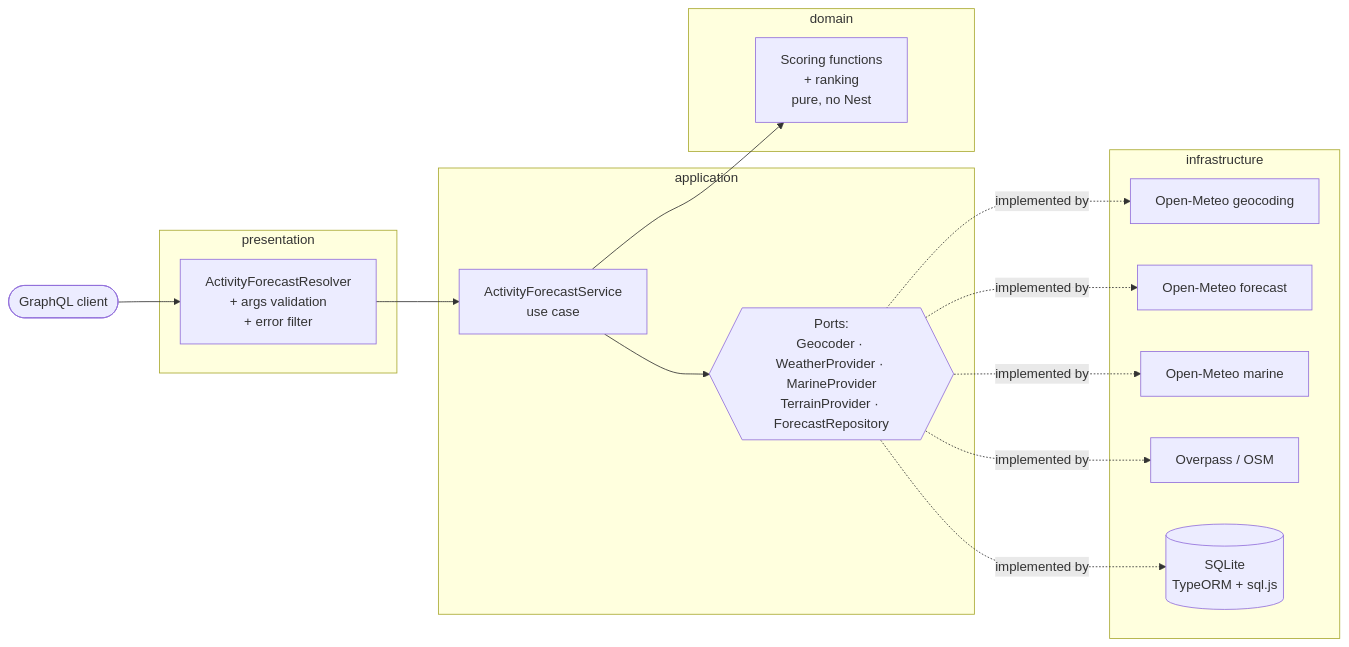
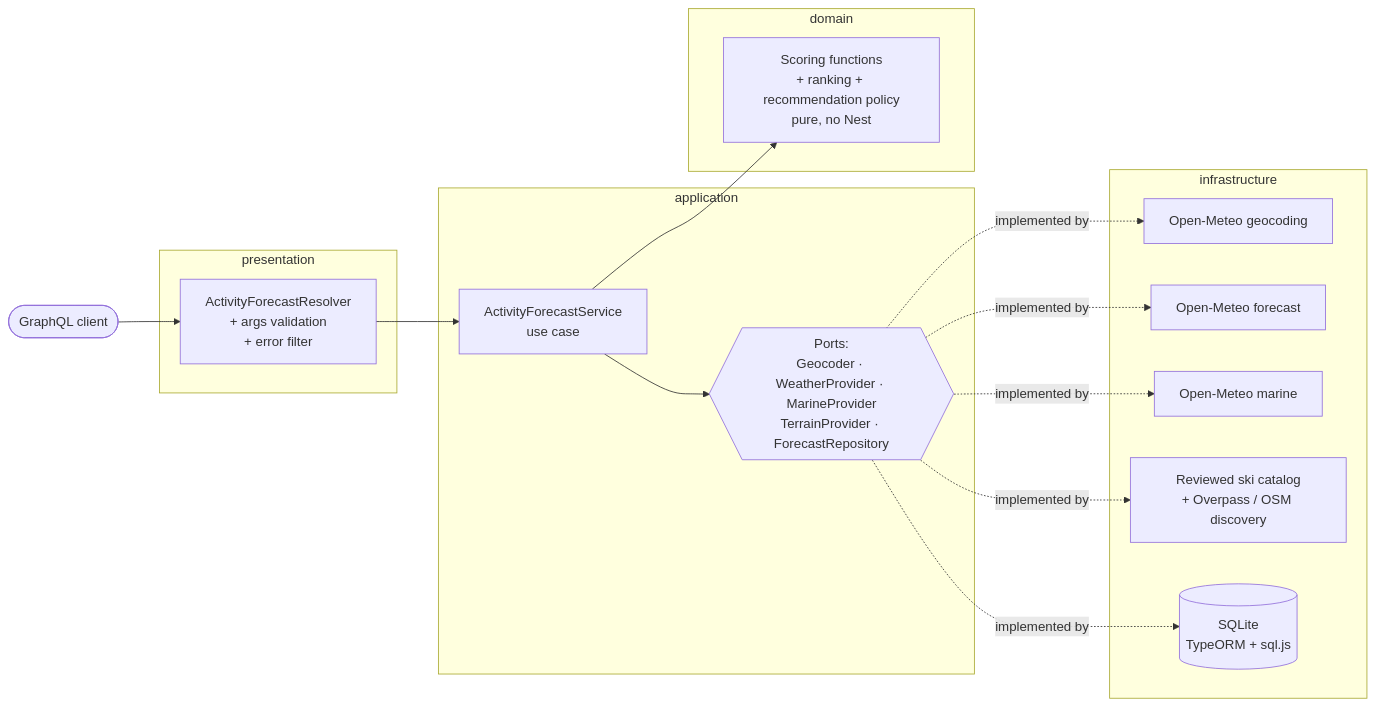
One commit to milind23/activity-forecast changed the diagram in README.md. Above: the diagram before and after it, drawn with Mermaid. The commit also changed other lines of this file and 74 other files, not shown here.

````diff
--- a/README.md
+++ b/README.md
@@ -116,30 +185,30 @@
 ```mermaid
 flowchart LR
   client([GraphQL client]) --> R
 
   subgraph presentation
     R[ActivityForecastResolver<br/>+ args validation<br/>+ error filter]
   end
 
   subgraph application
     S[ActivityForecastService<br/>use case]
     P{{Ports:<br/>Geocoder · WeatherProvider · MarineProvider<br/>TerrainProvider · ForecastRepository}}
   end
 
   subgraph domain
-    D[Scoring functions<br/>+ ranking<br/>pure, no Nest]
+    D[Scoring functions<br/>+ ranking + recommendation policy<br/>pure, no Nest]
   end
 
   subgraph infrastructure
     G[Open-Meteo geocoding]
     W[Open-Meteo forecast]
     M[Open-Meteo marine]
-    O[Overpass / OSM]
+    O[Reviewed ski catalog<br/>+ Overpass / OSM discovery]
     DB[(SQLite<br/>TypeORM + sql.js)]
   end
 
   R --> S
   S --> D
   S --> P
   P -.implemented by.-> G & W & M & O & DB
 ```
````
